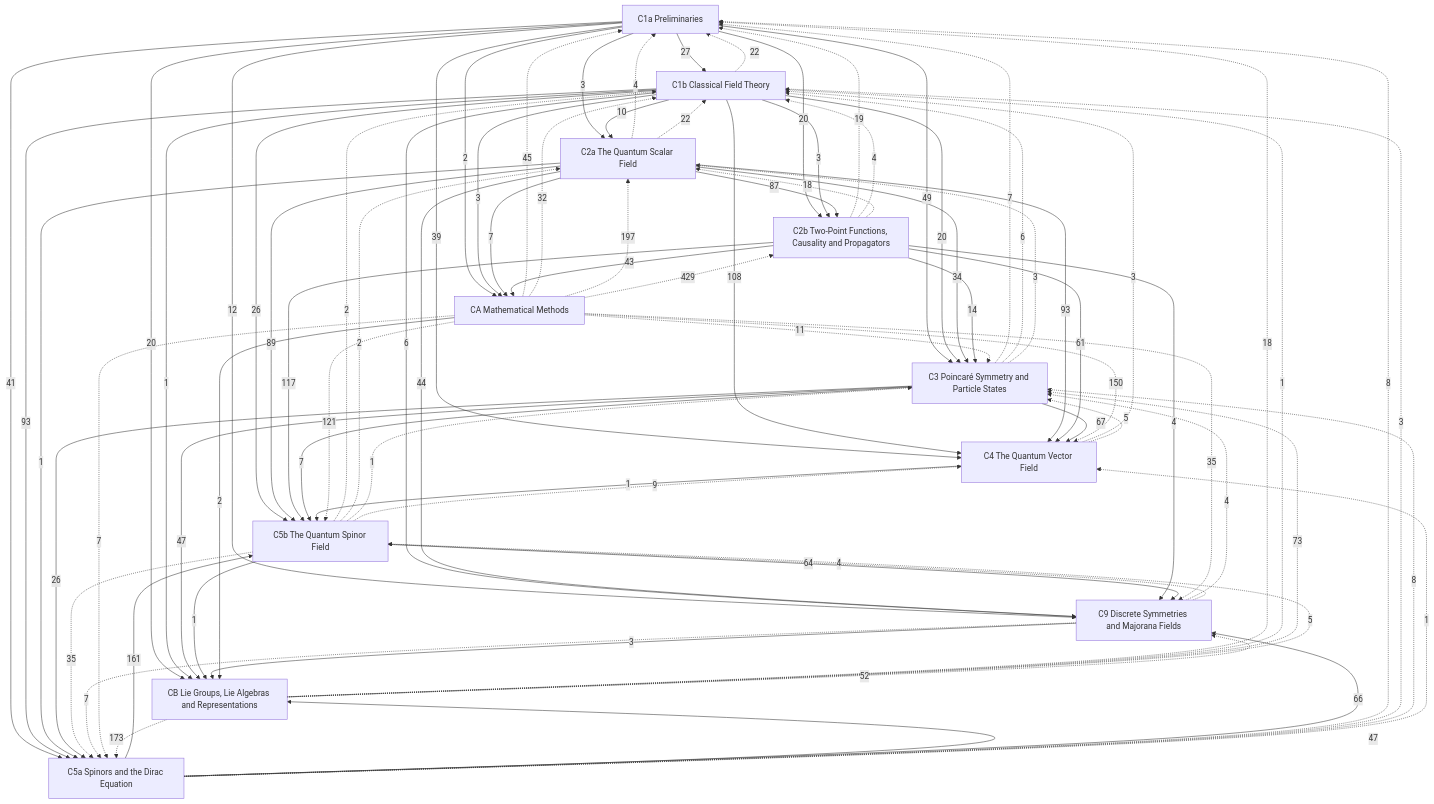
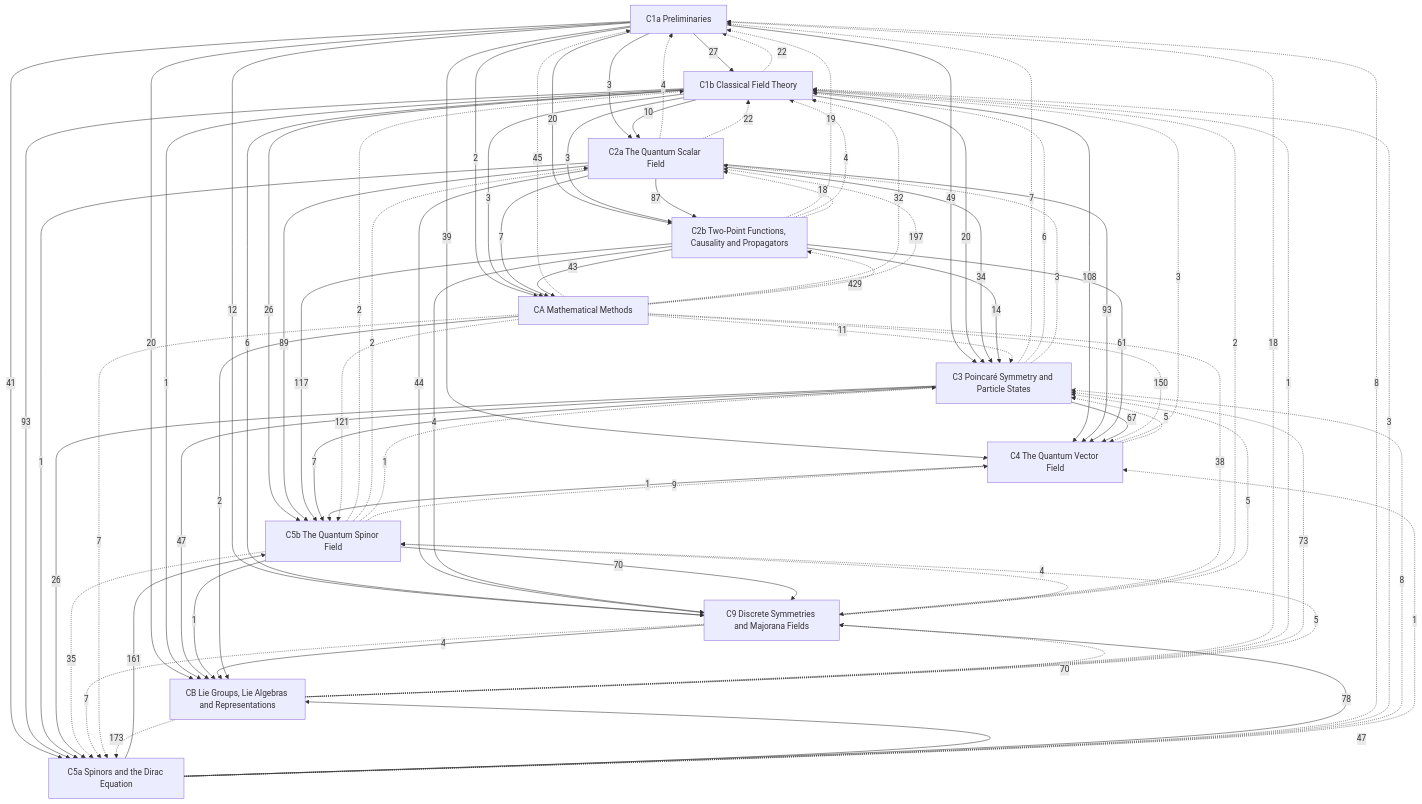
One commit to Onion20040508/notes changed the diagram in Physics/Quantum Field Theory/Quantum Field Theory.md. Above: the diagram before and after it, drawn with Mermaid. The commit also changed 18 other files, not shown here.

````diff
--- a/Physics/Quantum Field Theory/Quantum Field Theory.md
+++ b/Physics/Quantum Field Theory/Quantum Field Theory.md
@@ -69,8 +69,8 @@
   C1b -->|6| C9
   C2a -->|44| C9
   C2b -->|4| C9
-  C5a -->|66| C9
-  C5b -->|64| C9
+  C5a -->|78| C9
+  C5b -->|70| C9
   C1a -->|2| CA
   C1b -->|3| CA
   C2a -->|7| CA
@@ -80,7 +80,7 @@
   C3 -->|47| CB
   C5a -->|47| CB
   C5b -->|1| CB
-  C9 -->|3| CB
+  C9 -->|4| CB
   CA -->|2| CB
   C1b -.->|22| C1a
   C2a -.->|4| C1a
@@ -95,6 +95,7 @@
   C4 -.->|3| C1b
   C5a -.->|3| C1b
   C5b -.->|2| C1b
+  C9 -.->|2| C1b
   CA -.->|32| C1b
   CB -.->|1| C1b
   C2b -.->|18| C2a
@@ -105,7 +106,7 @@
   C4 -.->|5| C3
   C5a -.->|8| C3
   C5b -.->|1| C3
-  C9 -.->|4| C3
+  C9 -.->|5| C3
   CA -.->|11| C3
   CB -.->|73| C3
   C5a -.->|1| C4
@@ -118,6 +119,6 @@
   C9 -.->|4| C5b
   CA -.->|121| C5b
   CB -.->|5| C5b
-  CA -.->|35| C9
-  CB -.->|52| C9
+  CA -.->|38| C9
+  CB -.->|70| C9
 ```
````
